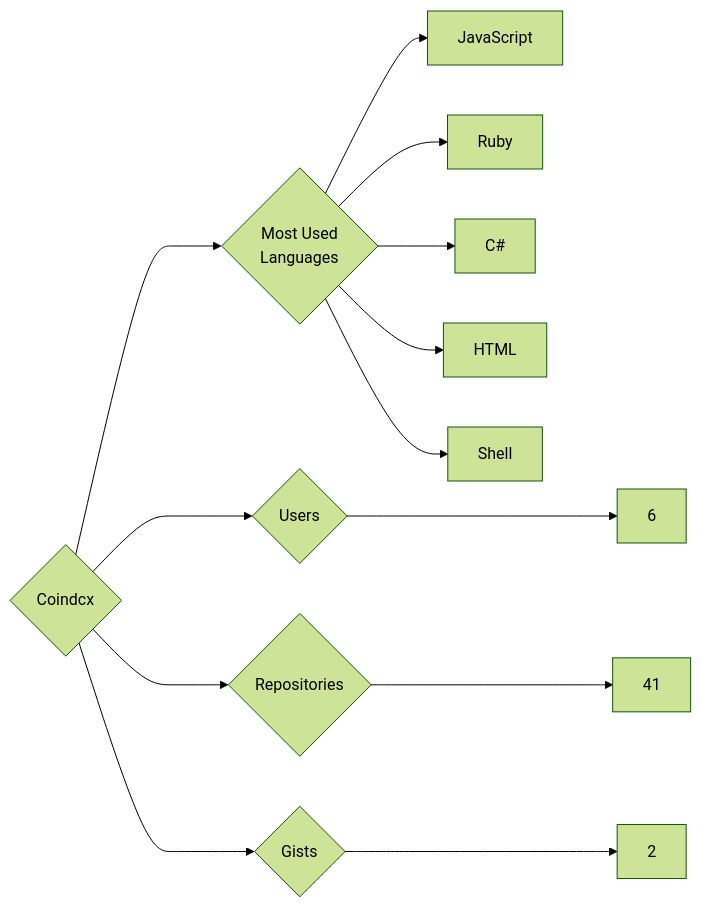
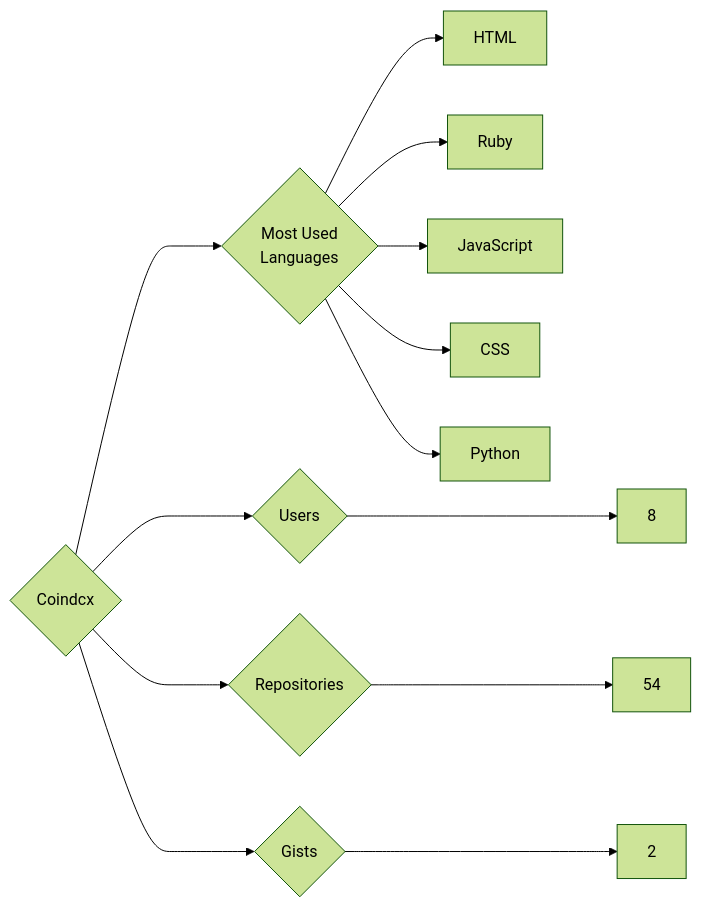
One commit to trickest/insiders changed the diagram in targets/Coindcx/README.md. Above: the diagram before and after it, drawn with Mermaid (forest theme). The commit also changed 912 other files, not shown here.

````diff
--- a/targets/Coindcx/README.md
+++ b/targets/Coindcx/README.md
@@ -3,13 +3,13 @@
 ```mermaid
 graph LR
 COMPANY_NAME{Coindcx}
-COMPANY_NAME ---> U{Users} ---> UN[6]
-COMPANY_NAME ---> R{Repositories} ---> RN[41]
+COMPANY_NAME ---> U{Users} ---> UN[8]
+COMPANY_NAME ---> R{Repositories} ---> RN[54]
 COMPANY_NAME ---> G{Gists} ---> GN[2]
 COMPANY_NAME ---> ML{Most Used<br>Languages}
+ML --> HTML[HTML]
+ML --> Ruby[Ruby]
 ML --> JavaScript[JavaScript]
-ML --> Ruby[Ruby]
-ML --> C#[C#]
-ML --> HTML[HTML]
-ML --> Shell[Shell]
+ML --> CSS[CSS]
+ML --> Python[Python]
 ```
````
